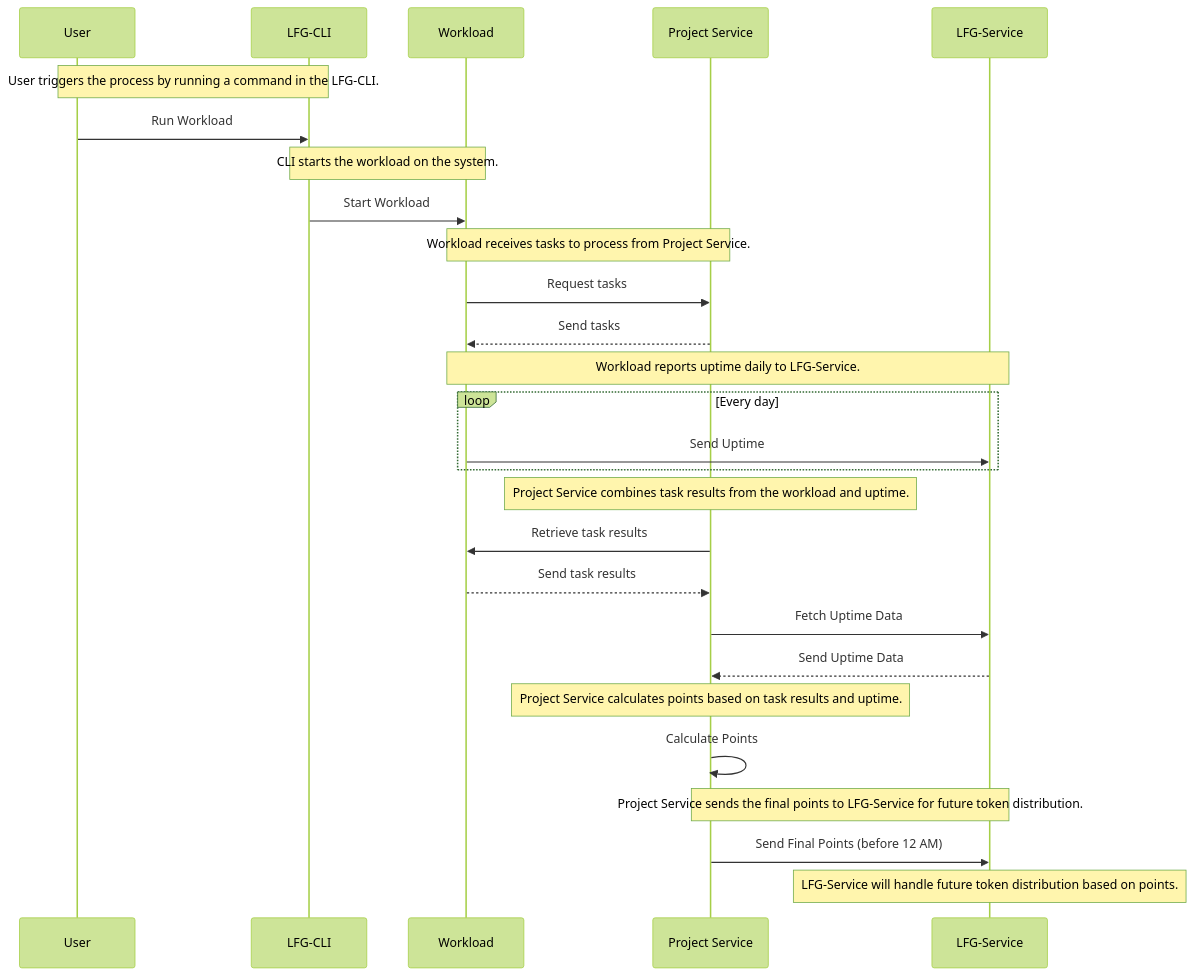
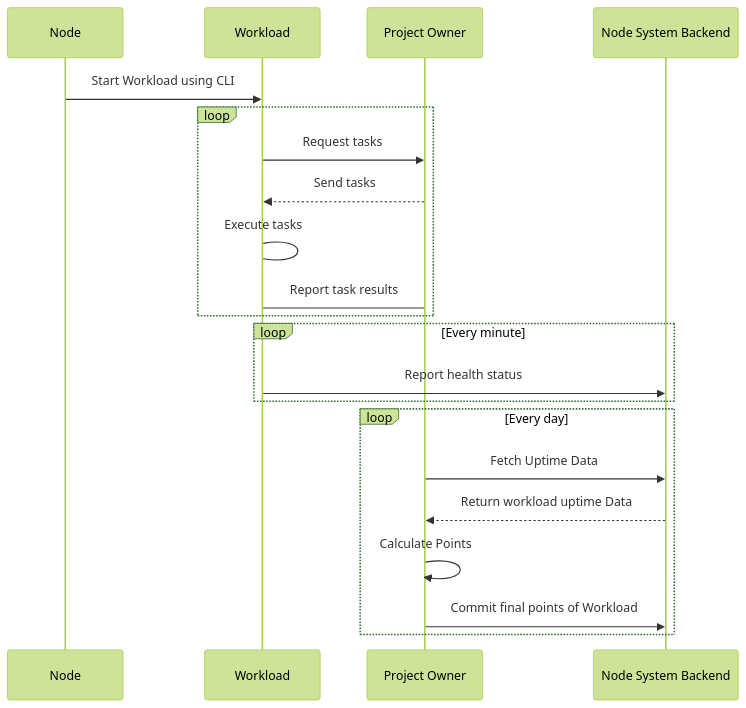
Before and after one commit to LFGInc/node-system-docs: the diagram in docs/index.md, drawn with Mermaid (forest theme). The commit also changed other lines of this file and 2 other files, not shown here.

Commit message:
docs: overall architecture

````diff
--- a/docs/index.md
+++ b/docs/index.md
@@ -17,37 +41,27 @@
 ```mermaid
 sequenceDiagram
-    participant User as User
-    participant LFGCLI as LFG-CLI
-    participant Workload as Workload
-    participant ProjectService as Project Service
-    participant LFGService as LFG-Service
+    participant Node
+    participant Workload
+    participant PO as Project Owner
+    participant Backend as Node System Backend
 
-    Note over User, LFGCLI: User triggers the process by running a command in the LFG-CLI.
-    User->>LFGCLI: Run Workload
+    Node->>Workload: Start Workload using CLI
 
-    Note over LFGCLI, Workload: CLI starts the workload on the system.
-    LFGCLI->>Workload: Start Workload
-
-    Note over Workload, ProjectService: Workload receives tasks to process from Project Service.
-    Workload->>ProjectService: Request tasks
-    ProjectService-->>Workload: Send tasks
-
-    Note over Workload, LFGService: Workload reports uptime daily to LFG-Service.
-    loop Every day
-        Workload->>LFGService: Send Uptime
+    loop
+        Workload->>PO: Request tasks
+        PO-->>Workload: Send tasks
+        Workload->Workload: Execute tasks
+        Workload->PO: Report task results
+    end
+    
+    loop Every minute
+        Workload->>Backend: Report health status
     end
 
-    Note over ProjectService: Project Service combines task results from the workload and uptime.
-    ProjectService->>Workload: Retrieve task results
-    Workload-->>ProjectService: Send task results
-    ProjectService->>LFGService: Fetch Uptime Data
-    LFGService-->>ProjectService: Send Uptime Data
-
-    Note over ProjectService: Project Service calculates points based on task results and uptime.
-    ProjectService->>ProjectService: Calculate Points
-
-    Note over ProjectService, LFGService: Project Service sends the final points to LFG-Service for future token distribution.
-    ProjectService->>LFGService: Send Final Points (before 12 AM)
-
-    Note over LFGService: LFG-Service will handle future token distribution based on points.
+    loop Every day
+        PO->>Backend: Fetch Uptime Data
+        Backend-->>PO: Return workload uptime Data
+        PO->>PO: Calculate Points
+        PO->>Backend: Commit final points of Workload
+    end
 ```
````
